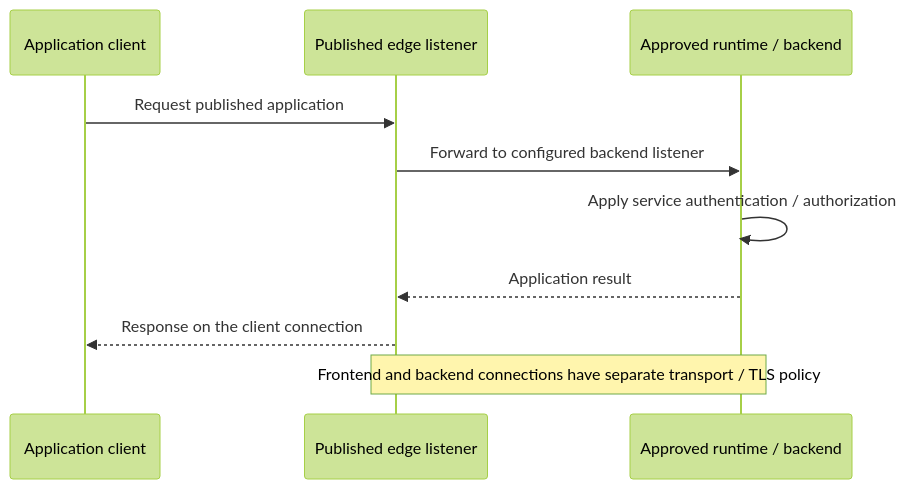
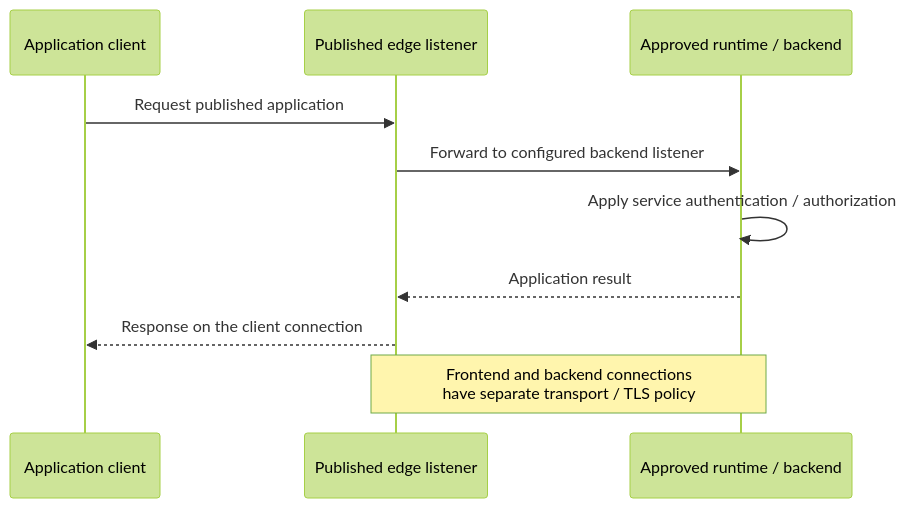
The second of 2 diagrams in docs/01-architecture/05-networking/README.md (Rexus/homelab), drawn with Mermaid (forest theme) before and after one commit. The commit also changed other lines of this file and 124 other files, not shown here.

First line of the commit message:
fix(platform): align service diagrams and directory failover

````diff
--- a/docs/01-architecture/05-networking/README.md
+++ b/docs/01-architecture/05-networking/README.md
@@ -121,12 +120,12 @@
 ```mermaid
 sequenceDiagram
   participant Client as Application client
   participant Edge as Published edge listener
   participant Backend as Approved runtime / backend
   Client->>Edge: Request published application
   Edge->>Backend: Forward to configured backend listener
   Backend->>Backend: Apply service authentication / authorization
   Backend-->>Edge: Application result
   Edge-->>Client: Response on the client connection
-  Note over Edge,Backend: Frontend and backend connections have separate transport / TLS policy
+  Note over Edge,Backend: Frontend and backend connections<br/>have separate transport / TLS policy
 ```
````
